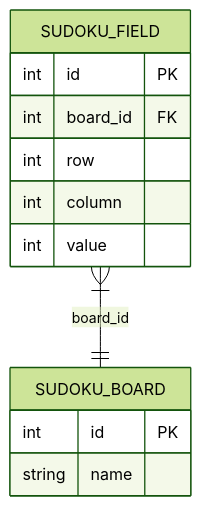
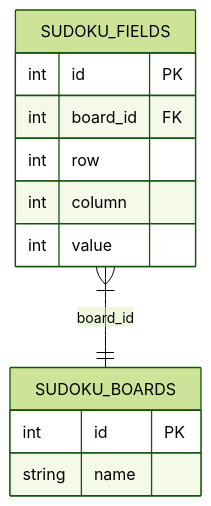
Before and after one commit to Oskarowski/sudoku-desktop-game: the diagram in JdbcDao/src/main/java/sudoku/jdbcdao/database/database-schema.md, drawn with Mermaid (forest theme).

````diff
--- a/JdbcDao/src/main/java/sudoku/jdbcdao/database/database-schema.md
+++ b/JdbcDao/src/main/java/sudoku/jdbcdao/database/database-schema.md
@@ -1,16 +1,16 @@
 ```mermaid
 erDiagram
-    SUDOKU_BOARD {
+    SUDOKU_BOARDS {
         int id PK
         string name
     }
-    SUDOKU_FIELD {
+    SUDOKU_FIELDS {
         int id PK
         int board_id FK
         int row
         int column
         int value
     }
 
-    SUDOKU_FIELD }|--|| SUDOKU_BOARD : board_id
+    SUDOKU_FIELDS }|--|| SUDOKU_BOARDS : board_id
 ```
````
